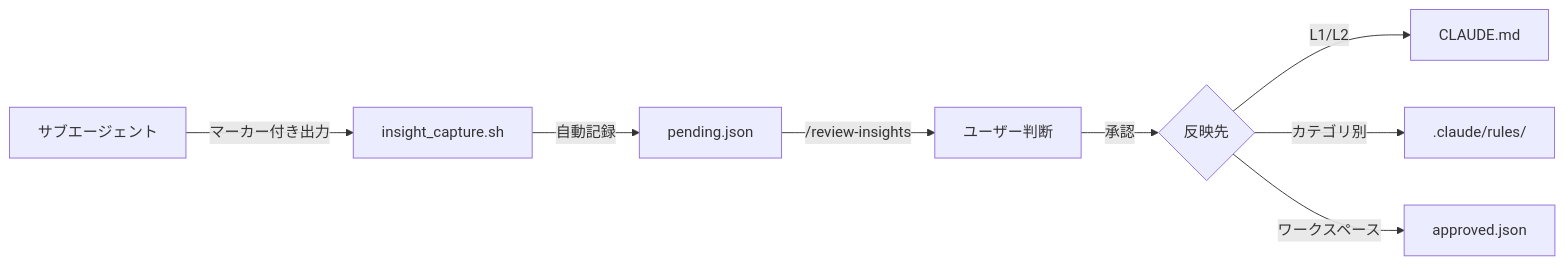
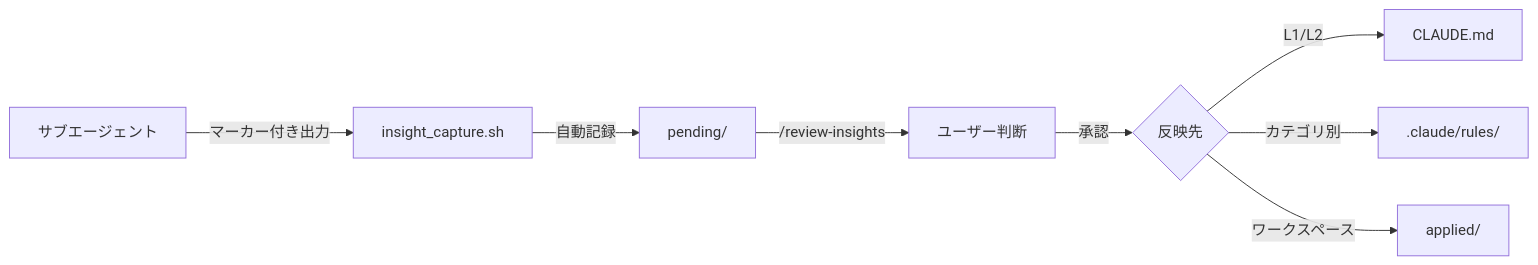
The third of 5 diagrams in README.md (MysMon/Spec-Workflow-Toolkit), drawn with Mermaid before and after one commit. The commit also changed other lines of this file and 6 other files, not shown here.

First line of the commit message:
fix: complete folder-based architecture update and remove version notations

````diff
--- a/README.md
+++ b/README.md
@@ -167,10 +169,10 @@
 ```mermaid
 flowchart LR
     SA[サブエージェント] -->|マーカー付き出力| IC[insight_capture.sh]
-    IC -->|自動記録| PJ[pending.json]
-    PJ -->|/review-insights| User[ユーザー判断]
+    IC -->|自動記録| PD[pending/]
+    PD -->|/review-insights| User[ユーザー判断]
     User -->|承認| Dest{反映先}
     Dest -->|L1/L2| CM[CLAUDE.md]
     Dest -->|カテゴリ別| CR[.claude/rules/]
-    Dest -->|ワークスペース| AJ[approved.json]
+    Dest -->|ワークスペース| AP[applied/]
 ```
````
